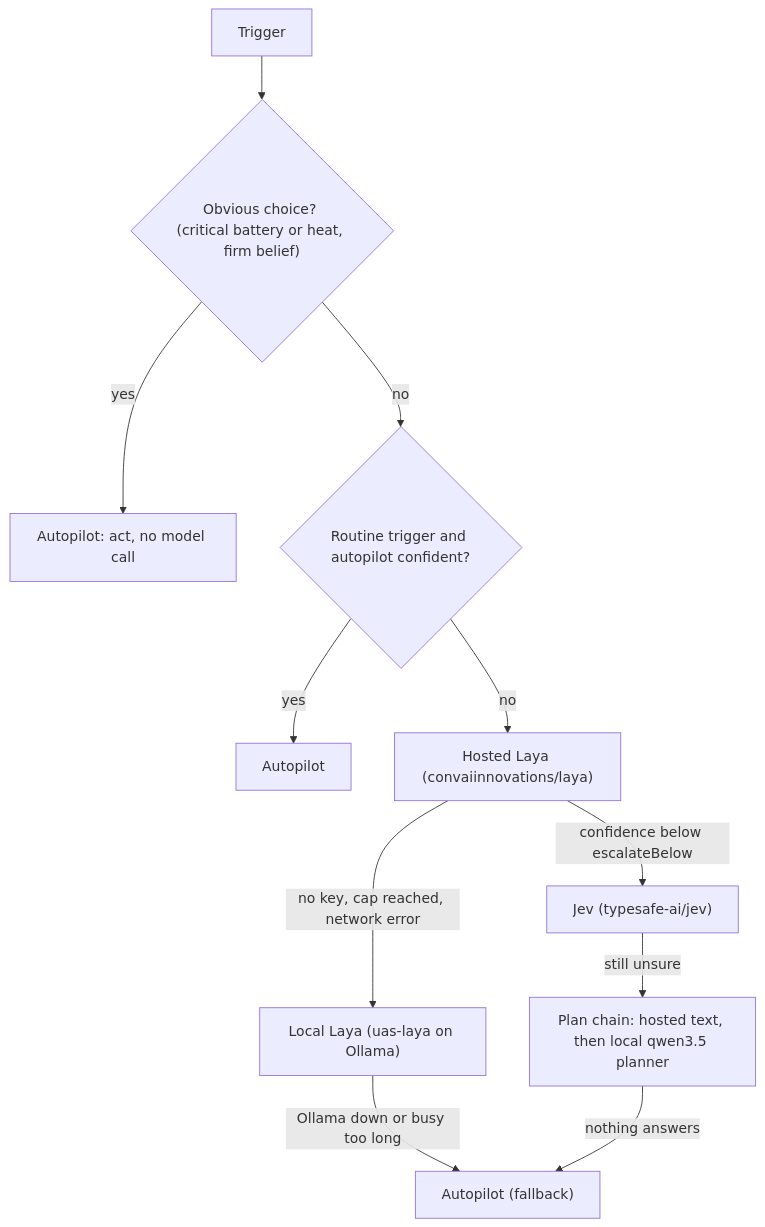
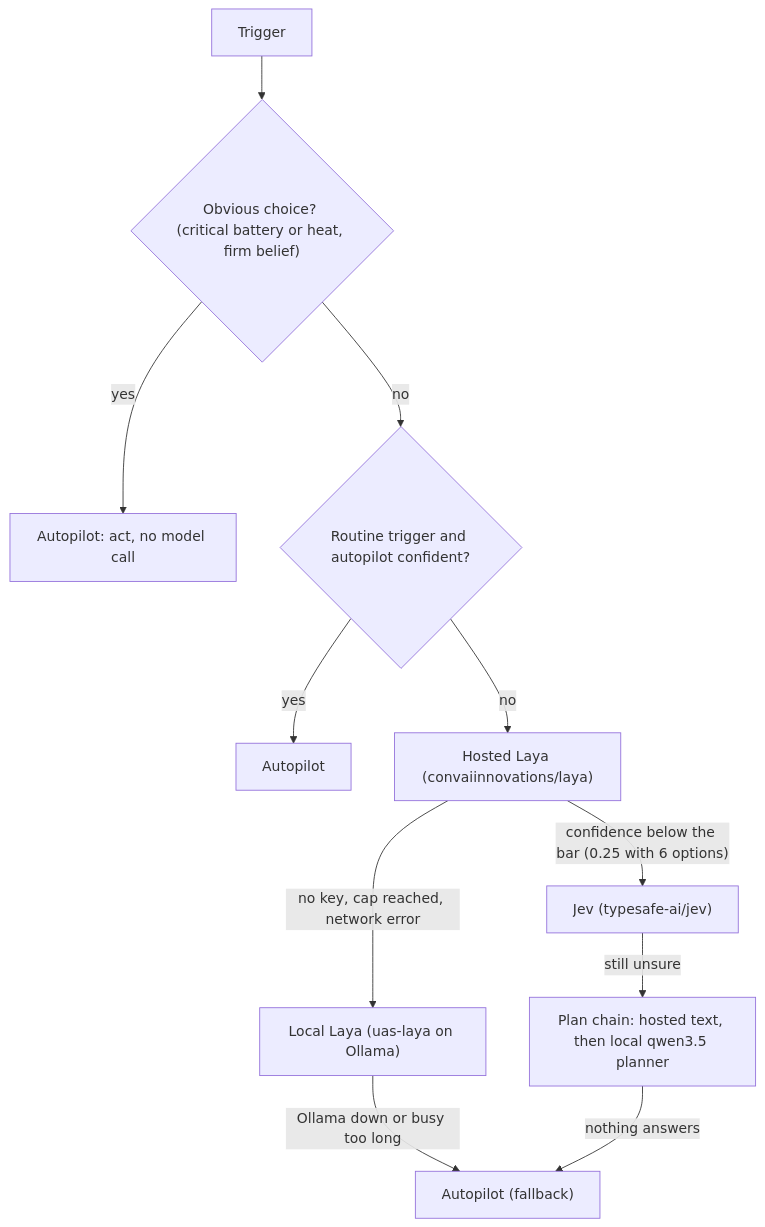
The third of 4 diagrams in docs/architecture/models.md (DigitalEthosGlobalGaming/unnamed--ai-simulation), drawn with Mermaid before and after one commit. The commit also changed other lines of this file and 22 other files, not shown here.

````diff
--- a/docs/architecture/models.md
+++ b/docs/architecture/models.md
@@ -208,13 +208,13 @@
 ```mermaid
 flowchart TD
   T["Trigger"] --> O{"Obvious choice? (critical battery or heat, firm belief)"}
   O -- yes --> AP1["Autopilot: act, no model call"]
   O -- no --> R{"Routine trigger and autopilot confident?"}
   R -- yes --> AP2["Autopilot"]
   R -- no --> L["Hosted Laya (convaiinnovations/laya)"]
   L -- "no key, cap reached, network error" --> LL["Local Laya (uas-laya on Ollama)"]
-  L -- "confidence below escalateBelow" --> J["Jev (typesafe-ai/jev)"]
+  L -- "confidence below the bar (0.25 with 6 options)" --> J["Jev (typesafe-ai/jev)"]
   J -- "still unsure" --> P["Plan chain: hosted text, then local qwen3.5 planner"]
   LL -- "Ollama down or busy too long" --> AP3["Autopilot (fallback)"]
   P -- "nothing answers" --> AP3
 ```
````
